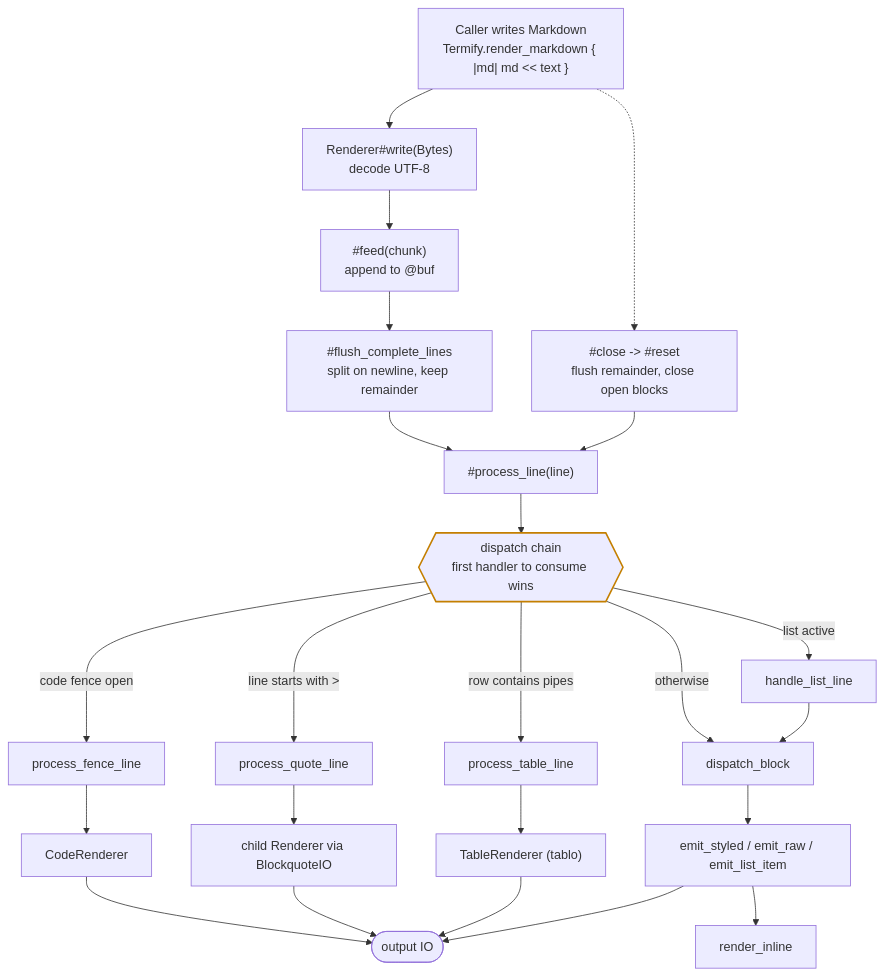
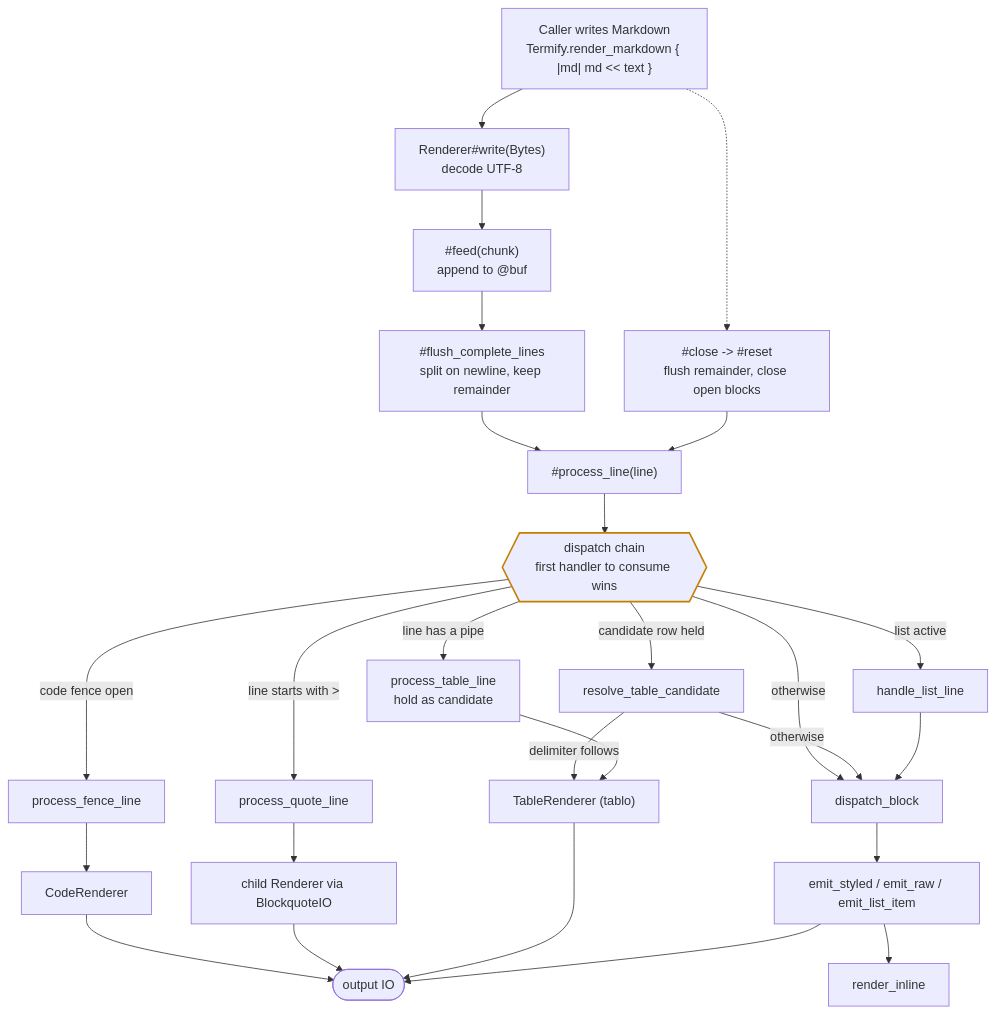
The first of 3 diagrams in DESIGN.md (nogginly/termify.cr), drawn with Mermaid before and after one commit. The commit also changed other lines of this file and 9 other files, not shown here.

First line of the commit message:
Table detection now waits for a delimiter row before committing (#6)

````diff
--- a/DESIGN.md
+++ b/DESIGN.md
@@ -35,32 +57,36 @@
 ```mermaid
 flowchart TD
     A["Caller writes Markdown<br/>Termify.render_markdown { |md| md &lt;&lt; text }"]
     B["Renderer#write(Bytes)<br/>decode UTF-8"]
     C["#feed(chunk)<br/>append to @buf"]
     D["#flush_complete_lines<br/>split on newline, keep remainder"]
     E["#process_line(line)"]
     F["#close -> #reset<br/>flush remainder, close open blocks"]
 
     A --> B --> C --> D --> E
     A -.-> F --> E
 
     E --> G{{"dispatch chain<br/>first handler to consume wins"}}
     G -->|code fence open| H["process_fence_line"]
+    G -->|candidate row held| S["resolve_table_candidate"]
     G -->|list active| I["handle_list_line"]
     G -->|line starts with &gt;| J["process_quote_line"]
-    G -->|row contains pipes| K["process_table_line"]
+    G -->|line has a pipe| K["process_table_line<br/>hold as candidate"]
     G -->|otherwise| L["dispatch_block"]
+
+    S -->|delimiter follows| O
+    S -->|otherwise| L
 
     H --> M["CodeRenderer"]
     I --> L
     J --> N["child Renderer via BlockquoteIO"]
     K --> O["TableRenderer (tablo)"]
     L --> P["emit_styled / emit_raw / emit_list_item"]
     P --> Q["render_inline"]
     M --> R(["output IO"])
     N --> R
     O --> R
     P --> R
 
     style G stroke:#c47f00,stroke-width:2px
 ```
````
